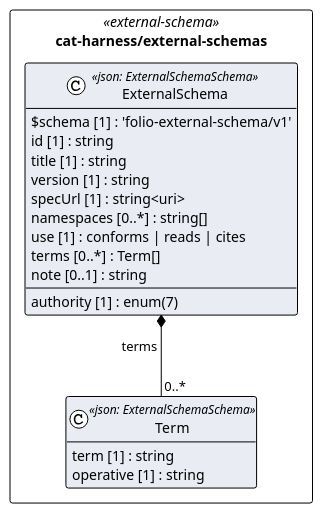
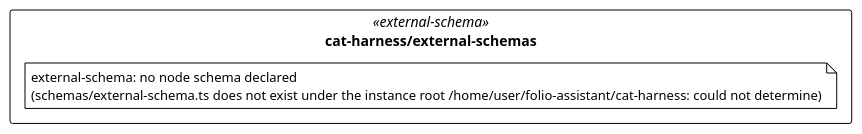
One commit to litlfred/folio-assistant changed the diagram in cat-harness/uml/overview/cat-harness/external-schemas.puml. Above: the diagram before and after it, drawn with PlantUML. The commit also changed 19 other files, not shown here.

First line of the commit message:
chore: regenerate the glossary and UML overview for the schema move

```diff
--- a/cat-harness/uml/overview/cat-harness/external-schemas.puml
+++ b/cat-harness/uml/overview/cat-harness/external-schemas.puml
@@ -3,29 +3,13 @@
 @startuml cat_harness_external_schemas
 !pragma layout elk
 !theme plain
 skinparam classAttributeIconSize 0
 skinparam shadowing false
 skinparam packageStyle rectangle
 hide empty methods
 
 package "cat-harness/external-schemas" as pkg_cat_harness_external_schemas <<external-schema>> {
-  class "Term" as cat_harness_external_schemas_Term <<json: ExternalSchemaSchema>> #e9edf3 {
-    term [1] : string
-    operative [1] : string
-  }
-  class "ExternalSchema" as cat_harness_external_schemas_ExternalSchema <<json: ExternalSchemaSchema>> #e9edf3 {
-    $schema [1] : 'folio-external-schema/v1'
-    id [1] : string
-    authority [1] : enum(7)
-    title [1] : string
-    version [1] : string
-    specUrl [1] : string<uri>
-    namespaces [0..*] : string[]
-    use [1] : conforms | reads | cites
-    terms [0..*] : Term[]
-    note [0..1] : string
-  }
+  note "external-schema: no node schema declared\n(schemas/external-schema.ts does not exist under the instance root /home/user/folio-assistant/cat-harness: could not determine)" as n_cat_harness_external_schemas_external_schema
 }
 
-cat_harness_external_schemas_ExternalSchema *-- "0..*" cat_harness_external_schemas_Term : terms
 @enduml
```
